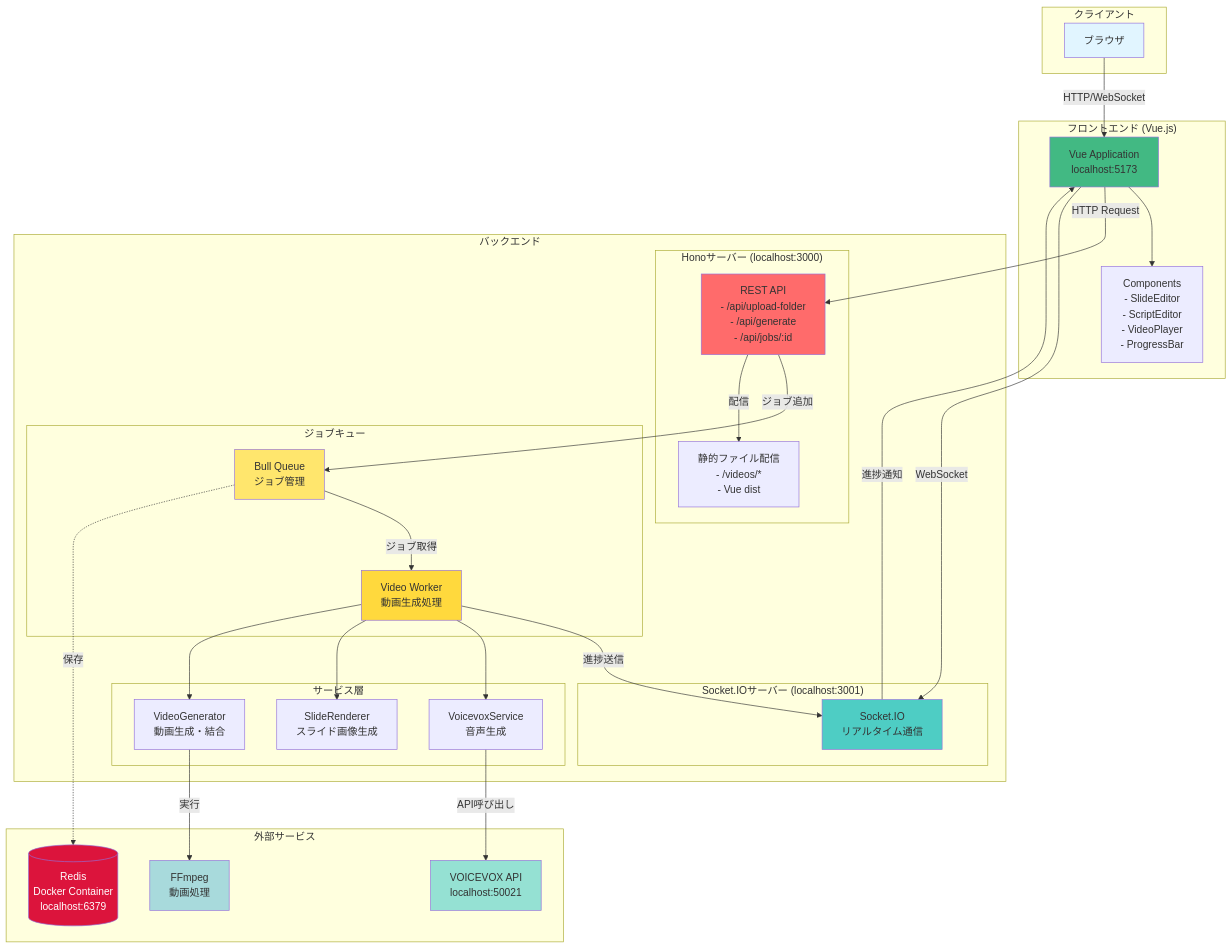
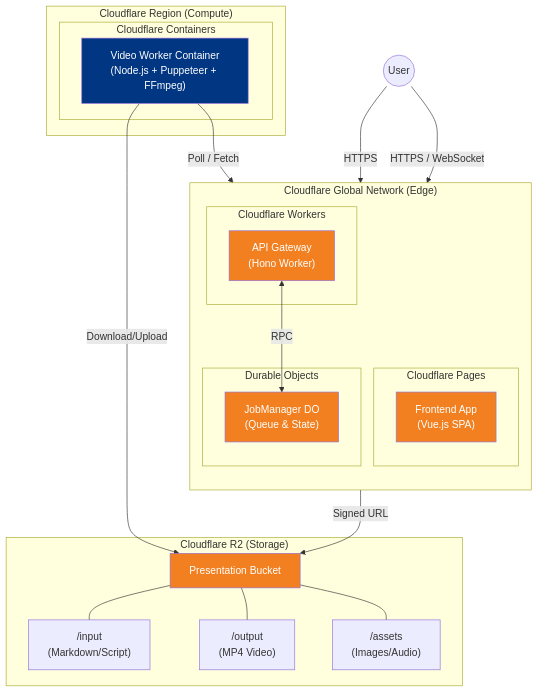
The first of 3 diagrams in docs/ARCHITECTURE.md (oharato/presentation_maker), drawn with Mermaid before and after one commit. The commit also changed other lines of this file and 11 other files, not shown here.

Commit message:
feat: Implement containerized video worker for video generation and add extensive project documentation.

````diff
--- a/docs/ARCHITECTURE.md
+++ b/docs/ARCHITECTURE.md
@@ -5,69 +11,53 @@
 ```mermaid
 graph TB
-    subgraph "クライアント"
-        Browser[ブラウザ]
-    end
-
-    subgraph "フロントエンド (Vue.js)"
-        VueApp[Vue Application<br/>localhost:5173]
-        Components[Components<br/>- SlideEditor<br/>- ScriptEditor<br/>- VideoPlayer<br/>- ProgressBar]
-    end
-
-    subgraph "バックエンド"
-        subgraph "Honoサーバー (localhost:3000)"
-            HonoAPI[REST API<br/>- /api/upload-folder<br/>- /api/generate<br/>- /api/jobs/:id]
-            StaticFiles[静的ファイル配信<br/>- /videos/*<br/>- Vue dist]
+    subgraph "Cloudflare Global Network (Edge)"
+        direction TB
+        
+        subgraph "Cloudflare Pages"
+            Frontend["Frontend App<br/>(Vue.js SPA)"]
         end
 
-        subgraph "Socket.IOサーバー (localhost:3001)"
-            SocketIO[Socket.IO<br/>リアルタイム通信]
+        subgraph "Cloudflare Workers"
+            API["API Gateway<br/>(Hono Worker)"]
         end
 
-        subgraph "ジョブキュー"
-            Bull[Bull Queue<br/>ジョブ管理]
-            Worker[Video Worker<br/>動画生成処理]
-        end
-
-        subgraph "サービス層"
-            Voicevox[VoicevoxService<br/>音声生成]
-            SlideRender[SlideRenderer<br/>スライド画像生成]
-            VideoGen[VideoGenerator<br/>動画生成・結合]
+        subgraph "Durable Objects"
+            JobManager["JobManager DO<br/>(Queue & State)"]
         end
     end
 
-    subgraph "外部サービス"
-        Redis[(Redis<br/>Docker Container<br/>localhost:6379)]
-        VoicevoxAPI[VOICEVOX API<br/>localhost:50021]
-        FFmpeg[FFmpeg<br/>動画処理]
+    subgraph "Cloudflare Region (Compute)"
+        subgraph "Cloudflare Containers"
+            VideoWorker["Video Worker Container<br/>(Node.js + Puppeteer + FFmpeg)"]
+        end
     end
 
-    Browser -->|HTTP/WebSocket| VueApp
-    VueApp --> Components
-    VueApp -->|HTTP Request| HonoAPI
-    VueApp -->|WebSocket| SocketIO
+    subgraph "Cloudflare R2 (Storage)"
+        Bucket["Presentation Bucket"]
+        InputFiles["/input<br/>(Markdown/Script)"]
+        OutputFiles["/output<br/>(MP4 Video)"]
+        Assets["/assets<br/>(Images/Audio)"]
+    end
+
+    %% Network Flow
+    User((User)) -->|HTTPS| Frontend
+    User -->|HTTPS / WebSocket| API
     
-    HonoAPI -->|ジョブ追加| Bull
-    SocketIO -->|進捗通知| VueApp
+    %% Internal Flow
+    API <-->|RPC| JobManager
+    API -->|Signed URL| Bucket
     
-    Bull -->|ジョブ取得| Worker
-    Worker -->|進捗送信| SocketIO
-    Worker --> Voicevox
-    Worker --> SlideRender
-    Worker --> VideoGen
+    VideoWorker -->|Poll / Fetch| API
+    VideoWorker -->|Download/Upload| Bucket
     
-    Bull -.->|保存| Redis
-    Voicevox -->|API呼び出し| VoicevoxAPI
-    VideoGen -->|実行| FFmpeg
-    
-    HonoAPI -->|配信| StaticFiles
+    %% Storage Structure
+    Bucket --- InputFiles
+    Bucket --- OutputFiles
+    Bucket --- Assets
 
-    style Browser fill:#e1f5ff
-    style VueApp fill:#42b983
-    style HonoAPI fill:#ff6b6b
-    style SocketIO fill:#4ecdc4
-    style Bull fill:#ffe66d
-    style Worker fill:#ffd93d
-    style Redis fill:#dc143c,color:#fff
-    style VoicevoxAPI fill:#95e1d3
-    style FFmpeg fill:#a8dadc
+    style Frontend fill:#f38020,color:#fff
+    style API fill:#f38020,color:#fff
+    style JobManager fill:#f38020,color:#fff
+    style VideoWorker fill:#003682,color:#fff
+    style Bucket fill:#f38020,color:#fff
 ```
````
